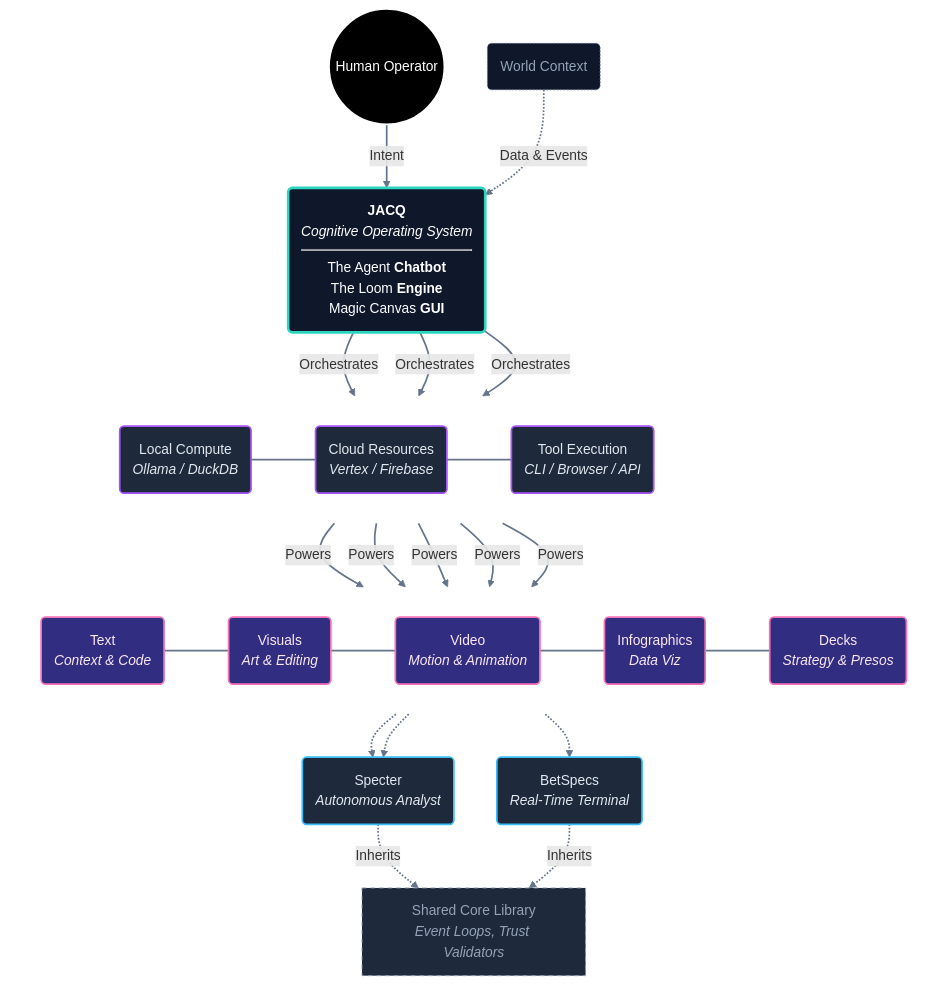
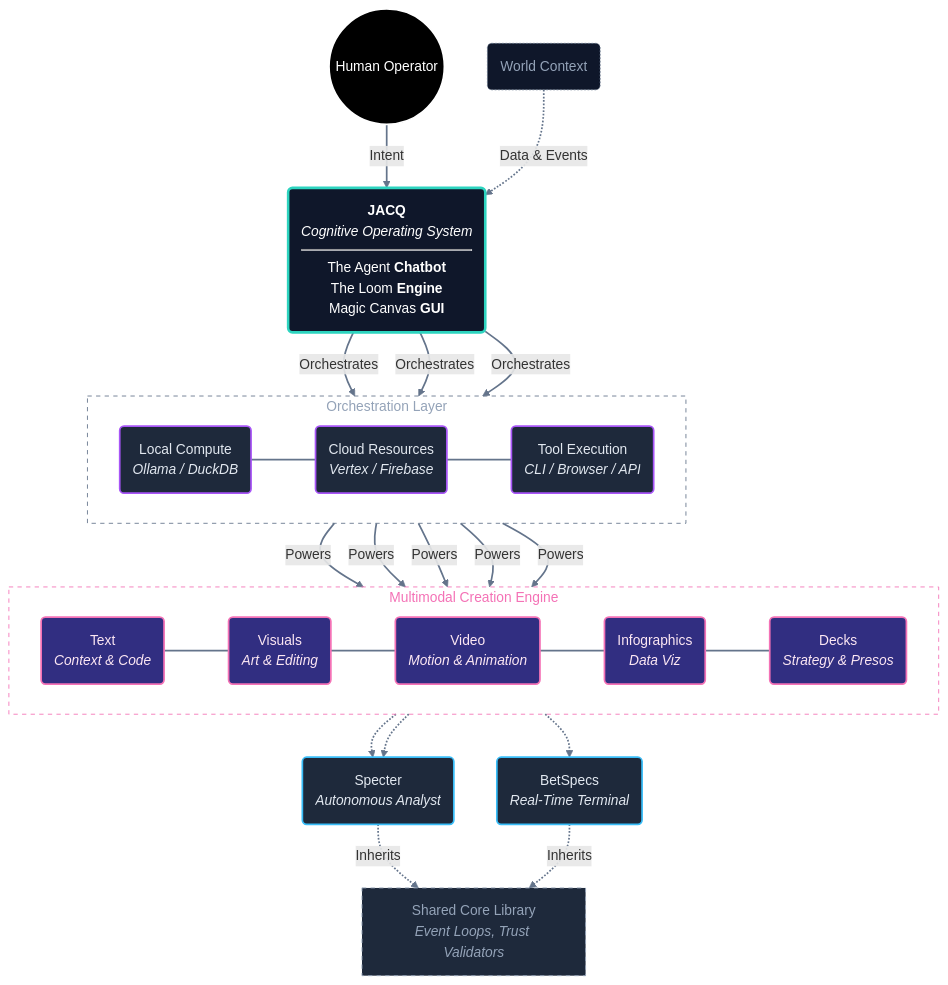
Before and after one commit to shifujosh/shifujosh: the diagram in assets/portfolio_ecosystem.mmd, drawn with Mermaid. The commit also changed 2 other files, not shown here.

Commit message:
style: update portfolio diagram (round 7 - outline subgraphs) & bust cache

```diff
--- a/assets/portfolio_ecosystem.mmd
+++ b/assets/portfolio_ecosystem.mmd
@@ -1,85 +1,85 @@
 graph TD
     %% Styling - Minimalist Dark Mode with Frontier Accents
     %% Hub: Central OS
     classDef hub fill:#0f172a,stroke:#2dd4bf,stroke-width:3px,color:#fff;
     %% App: End user applications
     classDef app fill:#1e293b,stroke:#38bdf8,stroke-width:2px,color:#e2e8f0;
     %% Infra: Orchestration layer
     classDef infra fill:#1e293b,stroke:#a855f7,stroke-width:2px,color:#e2e8f0;
     %% Shared: Libraries
     classDef shared fill:#1e293b,stroke:#94a3b8,stroke-width:1px,stroke-dasharray: 5 5,color:#94a3b8;
     %% Actor: User
     classDef actor fill:#000000,stroke:#fff,stroke-width:2px,color:#fff;
     %% Input: Context
     classDef input fill:#0f172a,stroke:#64748b,stroke-width:1px,color:#94a3b8,stroke-dasharray: 2 2;
     %% Frontier: Multimodal outputs
     classDef frontier fill:#312e81,stroke:#f472b6,stroke-width:2px,color:#fce7f3;
 
     %% 1. Inputs - Top Level
     User((Human Operator)):::actor
     World(World Context):::input
 
     %% 2. The Core - Expanded Definition
     %% Using a single rich node to avoid subgraph boxes while showing depth
     JACQ(<b>JACQ</b><br/><i>Cognitive Operating System</i><hr/>The Agent <b>Chatbot</b><br/>The Loom <b>Engine</b><br/>Magic Canvas <b>GUI</b>):::hub
 
-    %% 3. Infrastructure Layer (Orchestration) - Aligned via invisible rank
-    subgraph Orchestration [ ]
+    %% 3. Infrastructure Layer (Orchestration) - With Outline Box
+    subgraph Orchestration [Orchestration Layer]
         direction LR
-        style Orchestration fill:none,stroke:none
+        style Orchestration fill:none,stroke:#64748b,stroke-width:1px,stroke-dasharray: 5 5,color:#94a3b8
         Local(Local Compute<br/><i>Ollama / DuckDB</i>):::infra
         Cloud(Cloud Resources<br/><i>Vertex / Firebase</i>):::infra
         Tools(Tool Execution<br/><i>CLI / Browser / API</i>):::infra
     end
 
-    %% 4. Multimodal Output Engine - Aligned via invisible rank
-    subgraph Outputs [ ]
+    %% 4. Multimodal Output Engine - With Outline Box
+    subgraph Outputs [Multimodal Creation Engine]
         direction LR
-        style Outputs fill:none,stroke:none
+        style Outputs fill:none,stroke:#f472b6,stroke-width:1px,stroke-dasharray: 5 5,color:#f472b6
         Text(Text<br/><i>Context & Code</i>):::frontier
         Visuals(Visuals<br/><i>Art & Editing</i>):::frontier
         Video(Video<br/><i>Motion & Animation</i>):::frontier
         Info(Infographics<br/><i>Data Viz</i>):::frontier
         Slides(Decks<br/><i>Strategy & Presos</i>):::frontier
     end
 
     %% 5. The App Federation (Deployment)
     Specter(Specter<br/><i>Autonomous Analyst</i>):::app
     BetSpecs(BetSpecs<br/><i>Real-Time Terminal</i>):::app
     
     %% 6. DNA
     Patterns[Shared Core Library<br/><i>Event Loops, Trust Validators</i>]:::shared
 
     %% Connection Logic - Vertical Flow
     User ==>|Intent| JACQ
     World -.->|Data & Events| JACQ
     
     %% JACQ to Infra
     JACQ ==>|Orchestrates| Local
     JACQ ==>|Orchestrates| Cloud
     JACQ ==>|Orchestrates| Tools
     
     %% Force Infra Alignment
     Local ~~~ Cloud ~~~ Tools
     
     %% Frontier Power
     Cloud ==>|Powers| Text
     Cloud ==>|Powers| Visuals
     Cloud ==>|Powers| Video
     Cloud ==>|Powers| Info
     Cloud ==>|Powers| Slides
     
     %% Force Output Alignment
     Text ~~~ Visuals ~~~ Video ~~~ Info ~~~ Slides
     
     %% Outputs feeding Apps
     Text -.-> Specter
     Visuals -.-> Specter
     Info -.-> BetSpecs
     
     %% Patterns
     Specter -.->|Inherits| Patterns
     BetSpecs -.->|Inherits| Patterns
 
     %% Layout - Explicit Link Styling
     linkStyle default stroke-width:2px,fill:none,stroke:#64748b
```
